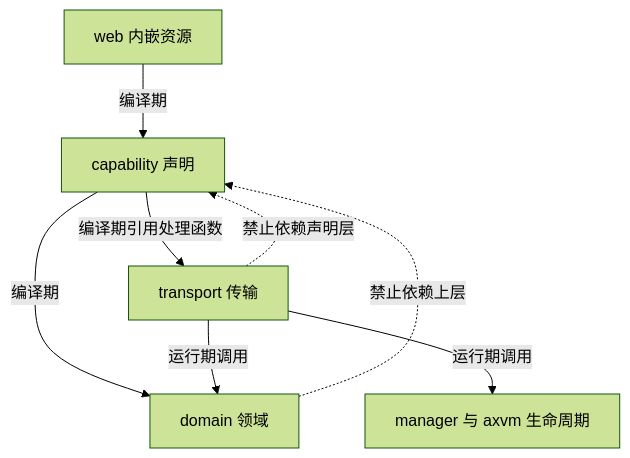
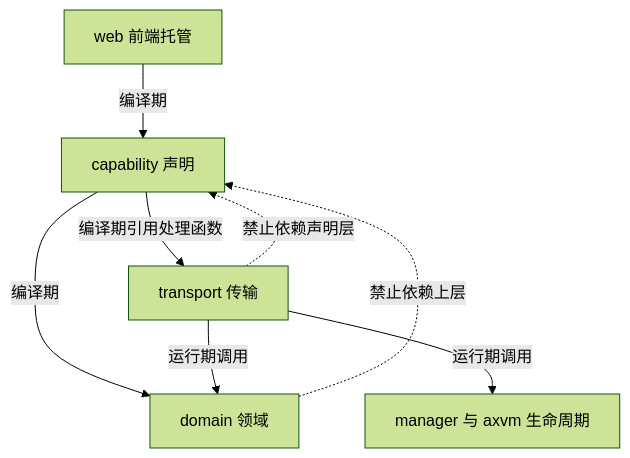
One commit to Alayfolk64/tgoskits changed the second of 6 diagrams in docs/docs/architecture/axvisor/control-plane.md. Above: the diagram before and after it, drawn with Mermaid (forest theme). The commit also changed other lines of this file and 40 other files, not shown here.

````diff
--- a/docs/docs/architecture/axvisor/control-plane.md
+++ b/docs/docs/architecture/axvisor/control-plane.md
@@ -83,15 +83,15 @@
 ```mermaid
 flowchart TB
-    WEB["web 内嵌资源"]
+    WEB["web 前端托管"]
     CAP["capability 声明"]
     TRA["transport 传输"]
     DOM["domain 领域"]
     OUT["manager 与 axvm 生命周期"]
     WEB -->|"编译期"| CAP
     CAP -->|"编译期引用处理函数"| TRA
     CAP -->|"编译期"| DOM
     TRA -->|"运行期调用"| DOM
     TRA -->|"运行期调用"| OUT
     DOM -.->|"禁止依赖上层"| CAP
     TRA -.->|"禁止依赖声明层"| CAP
 ```
````
